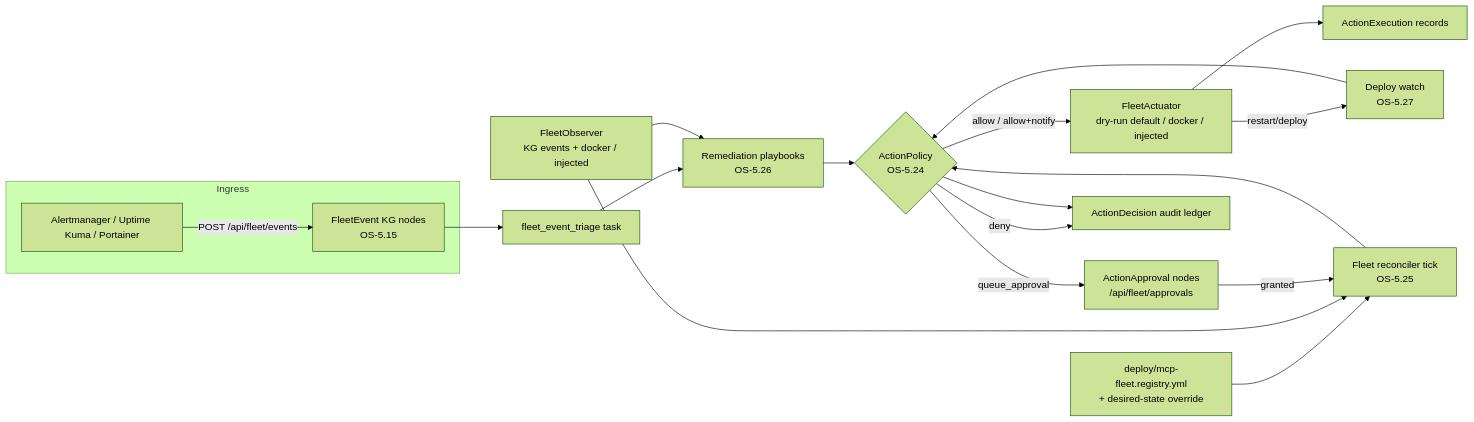
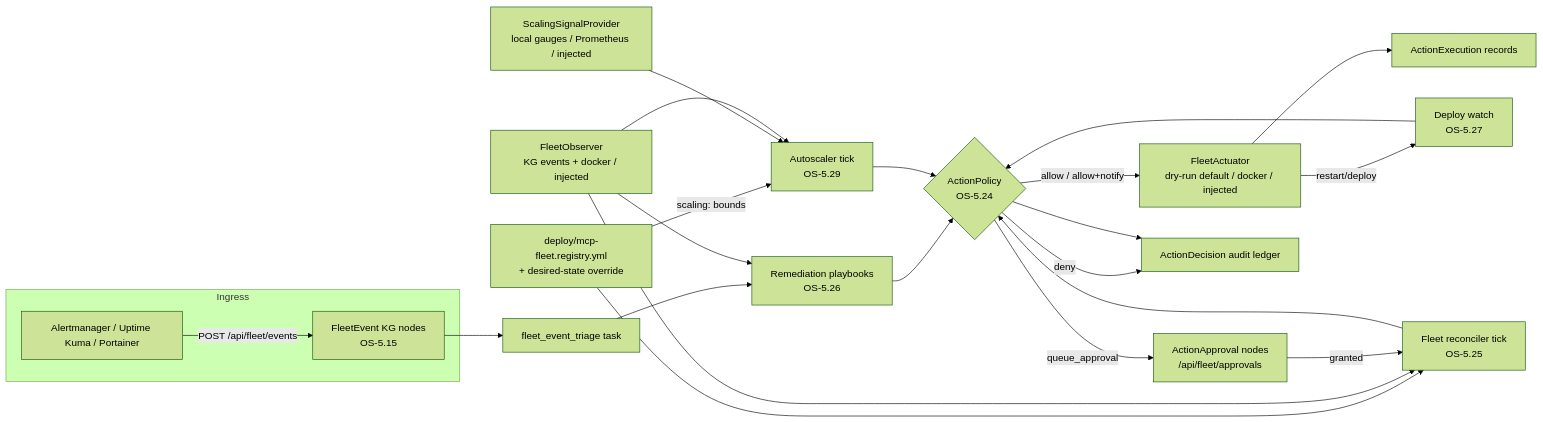
One commit to Knuckles-Team/agent-utilities changed the diagram in docs/architecture/fleet_autonomy.md. Above: the diagram before and after it, drawn with Mermaid (forest theme). The commit also changed other lines of this file and 10 other files, not shown here.

````diff
--- a/docs/architecture/fleet_autonomy.md
+++ b/docs/architecture/fleet_autonomy.md
@@ -7,21 +7,25 @@
 ```mermaid
 flowchart LR
     subgraph Ingress
         AM[Alertmanager / Uptime Kuma / Portainer] -->|POST /api/fleet/events| FE[FleetEvent KG nodes\nOS-5.15]
     end
     FE --> TR[fleet_event_triage task]
     TR --> PB[Remediation playbooks\nOS-5.26]
     REG[deploy/mcp-fleet.registry.yml\n+ desired-state override] --> RC[Fleet reconciler tick\nOS-5.25]
+    REG -->|scaling: bounds| AS[Autoscaler tick\nOS-5.29]
+    SIG[ScalingSignalProvider\nlocal gauges / Prometheus / injected] --> AS
     OBS[FleetObserver\nKG events + docker / injected] --> RC
+    OBS --> AS
     OBS --> PB
     PB --> AP{ActionPolicy\nOS-5.24}
     RC --> AP
+    AS --> AP
     DW[Deploy watch\nOS-5.27] --> AP
     AP -->|allow / allow+notify| ACT[FleetActuator\ndry-run default / docker / injected]
     AP -->|queue_approval| APQ[ActionApproval nodes\n/api/fleet/approvals]
     AP -->|deny| AUD
     APQ -->|granted| RC
     ACT -->|restart/deploy| DW
     AP --> AUD[ActionDecision audit ledger]
     ACT --> EXE[ActionExecution records]
 ```
````
